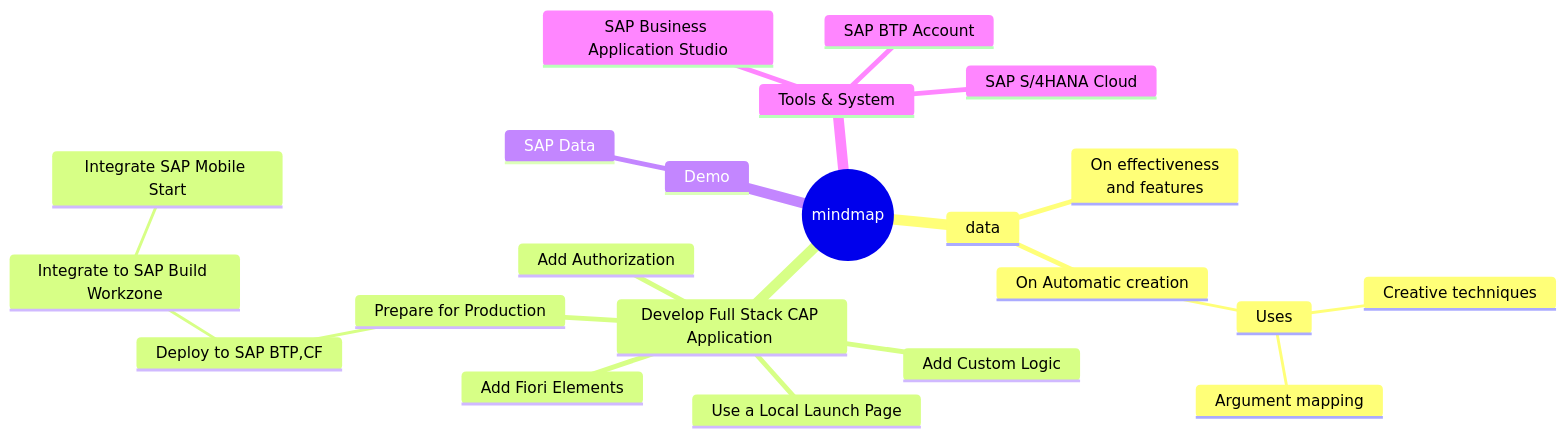
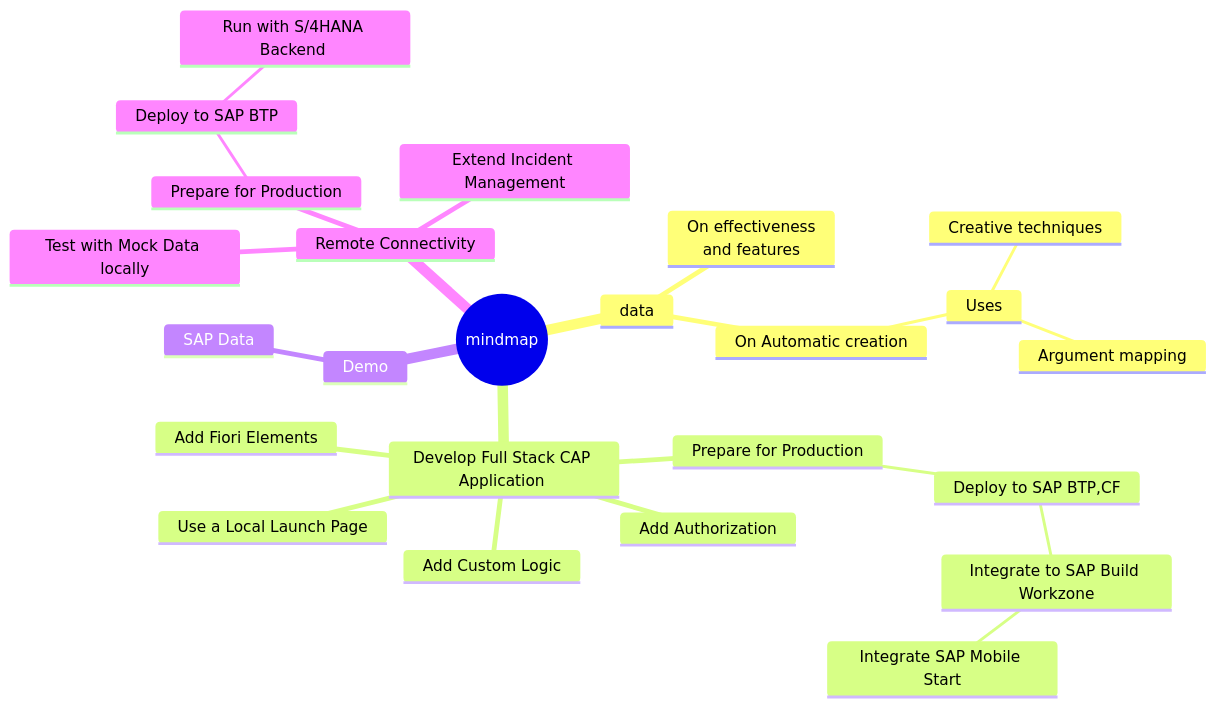
Before and after one commit to ejazsyed/validation-issue: the first of 4 diagrams in README.md, drawn with Mermaid.

````diff
--- a/README.md
+++ b/README.md
@@ -7,26 +7,28 @@
 ```mermaid
    mindmap
   root((mindmap))
     data
       On effectiveness<br/>and features
       On Automatic creation
         Uses
             Creative techniques
             Argument mapping
     Develop Full Stack CAP Application 
       Add Custom Logic
       Add Fiori Elements
       Use a Local Launch Page
       Add Authorization
       Prepare for Production
         Deploy to SAP BTP,CF
           Integrate to SAP Build Workzone
             Integrate SAP Mobile Start
     Demo
       SAP Data
-    Tools & System
-      SAP BTP Account
-      SAP Business Application Studio
-      SAP S/4HANA Cloud
+    Remote Connectivity
+      Extend Incident Management
+      Test with Mock Data locally
+      Prepare for Production
+        Deploy to SAP BTP
+          Run with S/4HANA Backend 
 
 ```
````
